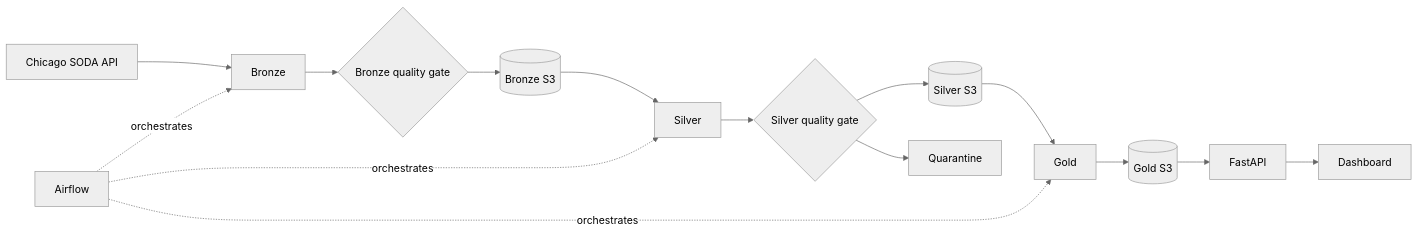
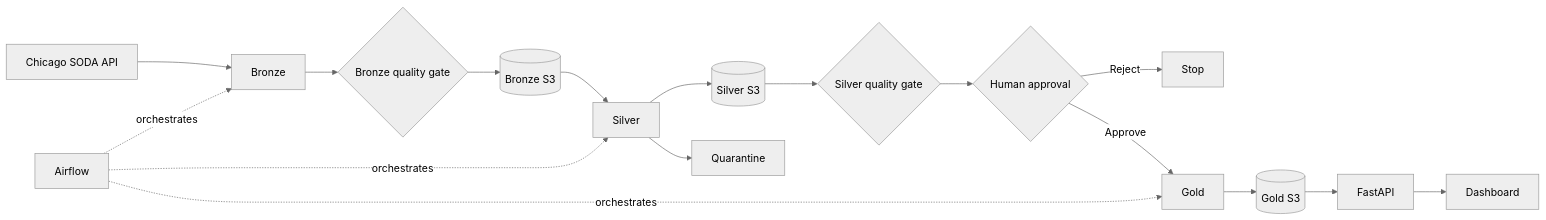
One commit to MedEleliem/chicago-taxi-data-engineering changed the diagram in README.md. Above: the diagram before and after it, drawn with Mermaid (neutral theme). The commit also changed other lines of this file and 14 other files, not shown here.

Commit message:
Add human quality approval and scale backfill documentation

````diff
--- a/README.md
+++ b/README.md
@@ -10,17 +10,19 @@
 ```mermaid
 flowchart LR
     A[Chicago SODA API] --> B[Bronze]
     B --> QB{Bronze quality gate}
     QB --> SB[(Bronze S3)]
     SB --> S[Silver]
-    S --> QS{Silver quality gate}
-    QS --> SS[(Silver S3)]
-    QS --> Q[Quarantine]
-    SS --> G[Gold]
+    S --> SS[(Silver S3)]
+    S --> Q[Quarantine]
+    SS --> QS{Silver quality gate}
+    QS --> H{Human approval}
+    H -->|Reject| X[Stop]
+    H -->|Approve| G[Gold]
     G --> SG[(Gold S3)]
     SG --> API[FastAPI]
     API --> UI[Dashboard]
     AF[Airflow] -. orchestrates .-> B
     AF -. orchestrates .-> S
     AF -. orchestrates .-> G
 ```
````
